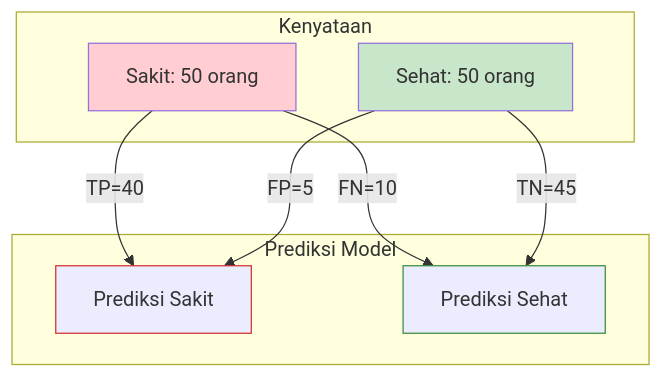
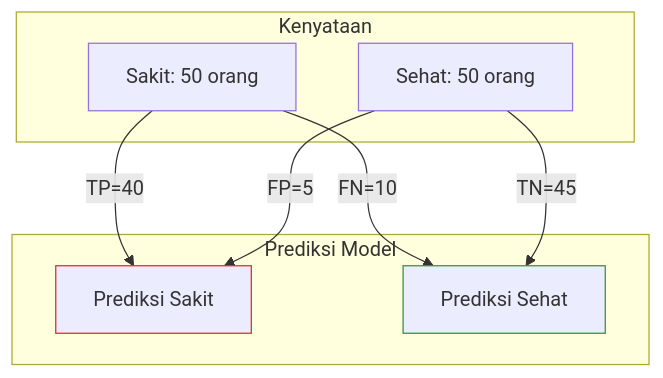
Before and after one commit to antonprafanto/dasarAI2026: diagram 11 of 11 in bab-06-klasifikasi.md, drawn with Mermaid. The commit also changed other lines of this file and 8 other files, not shown here.

Commit message:
Fix: Remove custom Mermaid styling for better dark mode visibility

````diff
--- a/bab-06-klasifikasi.md
+++ b/bab-06-klasifikasi.md
@@ -618,24 +610,21 @@
 ```mermaid
 graph TD
     subgraph Actual [Kenyataan]
         Sick[Sakit: 50 orang]
         Healthy[Sehat: 50 orang]
     end
 
     subgraph Pred [Prediksi Model]
         P_Sick[Prediksi Sakit]
         P_Health[Prediksi Sehat]
     end
 
     Sick -->|TP=40| P_Sick
     Sick -->|FN=10| P_Health
 
     Healthy -->|FP=5| P_Sick
     Healthy -->|TN=45| P_Health
 
-    style Sick fill:#ffcdd2
-    style Healthy fill:#c8e6c9
-
     style P_Sick stroke:#d32f2f
     style P_Health stroke:#388e3c
 ```
````
